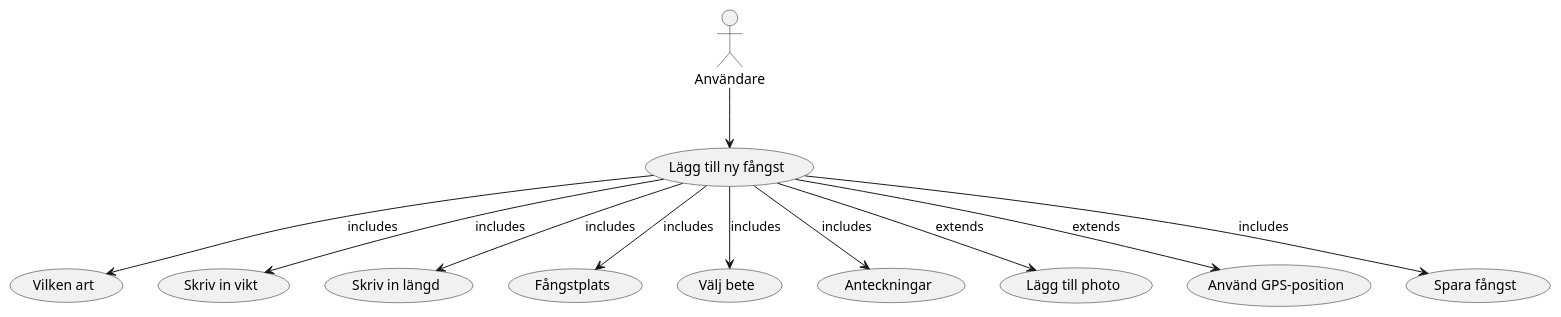
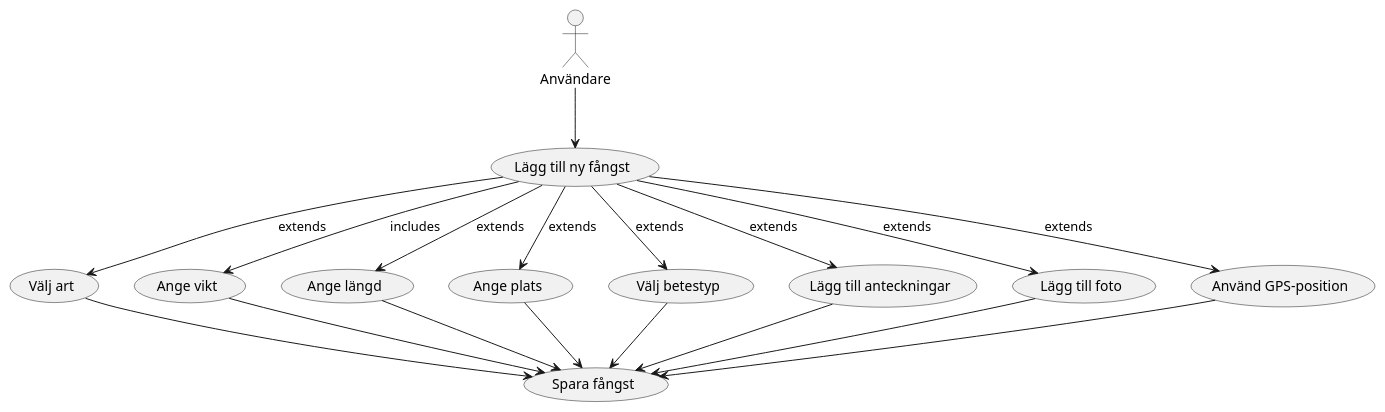
Before and after one commit to EmpyreanMist/Fishing-Diary: the diagram in uml-diagram/add-catch.puml, drawn with PlantUML. The commit also changed 1 other file, not shown here.

Commit message:
refactor UML diagrams for add-catch and filter-catches use cases

```diff
--- a/uml-diagram/add-catch.puml
+++ b/uml-diagram/add-catch.puml
@@ -1,25 +1,34 @@
 @startuml add catch
 actor "Användare" as User
 
 usecase "Lägg till ny fångst" as UC0
-usecase "Vilken art" as UC1
-usecase "Skriv in vikt" as UC2
-usecase "Skriv in längd" as UC3
-usecase "Fångstplats" as UC4
-usecase "Välj bete" as UC5
-usecase "Anteckningar" as UC6
-usecase "Lägg till photo" as UC7
+usecase "Välj art" as UC1
+usecase "Ange vikt" as UC2
+usecase "Ange längd" as UC3
+usecase "Ange plats" as UC4
+usecase "Välj betestyp" as UC5
+usecase "Lägg till anteckningar" as UC6
+usecase "Lägg till foto" as UC7
 usecase "Använd GPS-position" as UC8
 usecase "Spara fångst" as UC9
 
 User --> UC0
-UC0 --> UC1 : includes
+
+UC0 --> UC1 : extends
 UC0 --> UC2 : includes
-UC0 --> UC3 : includes
-UC0 --> UC4 : includes
-UC0 --> UC5 : includes
-UC0 --> UC6 : includes
+UC0 --> UC3 : extends
+UC0 --> UC4 : extends
+UC0 --> UC5 : extends
+UC0 --> UC6 : extends
 UC0 --> UC7 : extends
 UC0 --> UC8 : extends
-UC0 --> UC9 : includes
+
+UC1 --> UC9
+UC2 --> UC9
+UC3 --> UC9
+UC4 --> UC9
+UC5 --> UC9
+UC6 --> UC9
+UC7 --> UC9
+UC8 --> UC9
 @enduml
```
